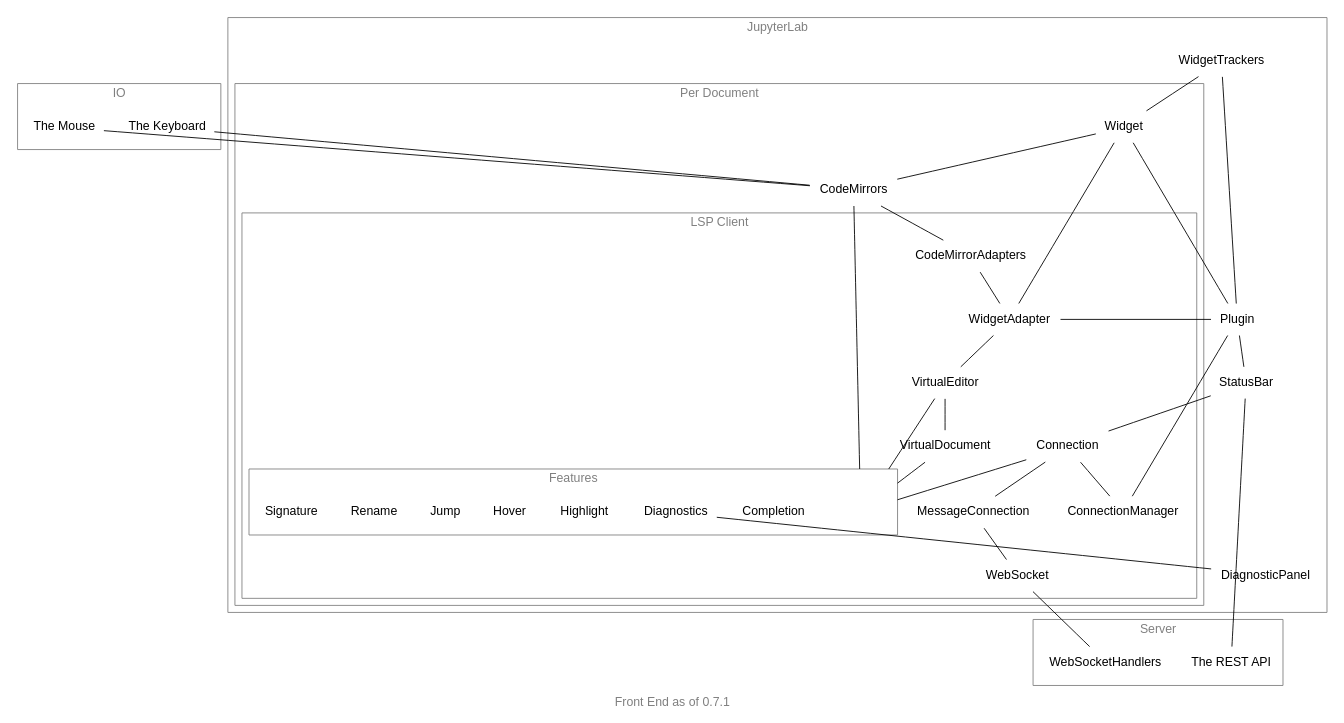
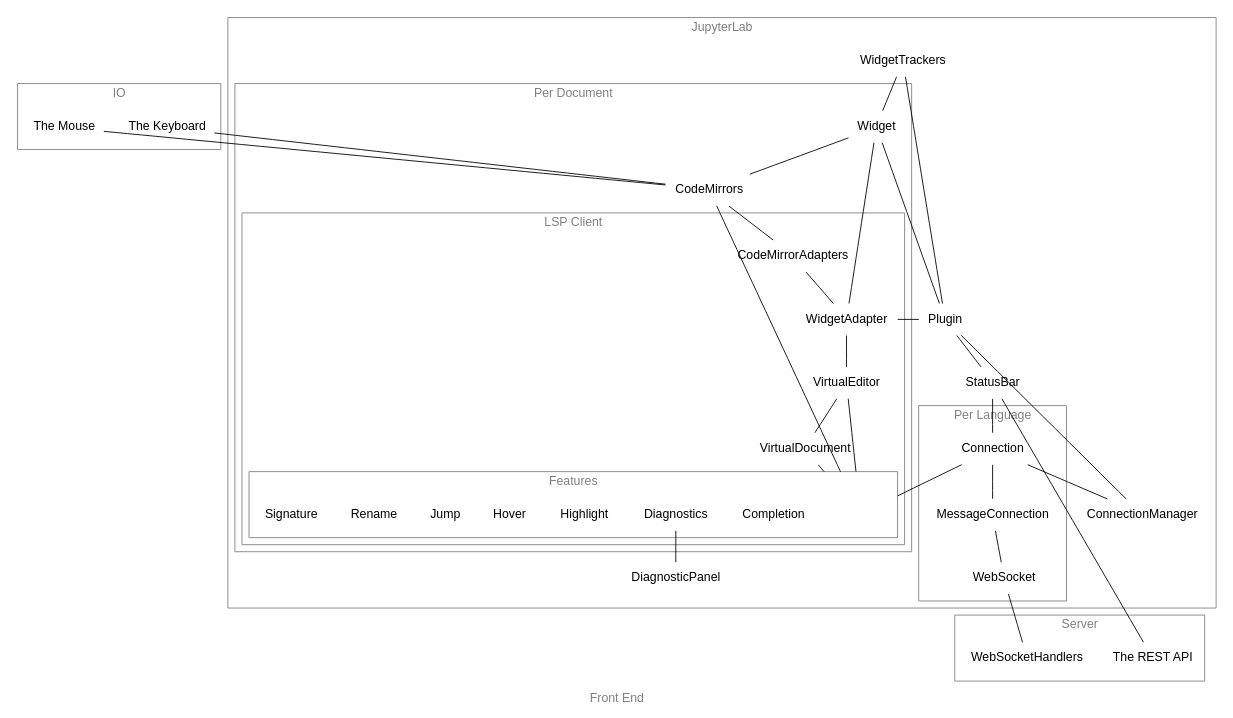
Before and after one commit to jupyter-lsp/jupyterlab-lsp: the diagram in docs/dot/as-is/frontend.dot, drawn with Graphviz. The commit also changed 9 other files, not shown here.

```diff
--- a/docs/dot/as-is/frontend.dot
+++ b/docs/dot/as-is/frontend.dot
@@ -1,61 +1,64 @@
 graph backend {
-    label="Front End as of 0.7.1"
+    label="Front End"
     splines="line"
     compound=true
     fontname="sans-serif" fontcolor=grey
     node[shape=none fontname="sans-serif"]
     edge[fontname="sans-serif"]
     graph[fontcolor=grey color=grey]
 
     subgraph cluster_io { label="IO"
         Keyboard[label="The Keyboard"]
         Mouse[label="The Mouse"]
     }
     subgraph cluster_server { label="Server"
         RestAPI[label="The REST API"]
         WebSocketHandlers
     }
     subgraph cluster_lab { label="JupyterLab"
         Plugin
         StatusBar
         WidgetTrackers
         DiagnosticPanel
+        ConnectionManager
+             
+        subgraph cluster_lang {label="Per Language"
+            Connection
+            MessageConnection
+            WebSocket
+        }
         subgraph cluster_doc { label="Per Document"
             Widget
             CodeMirrors
             subgraph cluster_doc_lsp { label="LSP Client"
-                WebSocket
-                ConnectionManager
-                Connection
-                MessageConnection
                 WidgetAdapter
                 VirtualEditor
                 VirtualDocument
                 CodeMirrorAdapters
                 subgraph cluster_features { label="Features"
                     Feature[style=invisible]
                     Completion
                     Diagnostics
                     Highlight
                     Hover
                     Jump
                     Rename
                     Signature
                 }
             }
         }
     }
     
     {Connection CodeMirrors VirtualDocument VirtualEditor} -- Feature[lhead=cluster_features];
     Diagnostics -- DiagnosticPanel
     Connection -- ConnectionManager
     CodeMirrors -- CodeMirrorAdapters -- WidgetAdapter
     WidgetAdapter -- VirtualEditor -- VirtualDocument
     WidgetTrackers -- {Plugin -- Widget} 
     StatusBar -- Connection
     Widget -- WidgetAdapter -- Plugin -- StatusBar -- RestAPI
     Widget -- CodeMirrors
     Plugin -- ConnectionManager
     Connection -- MessageConnection -- WebSocket -- WebSocketHandlers
     {Keyboard Mouse} -- CodeMirrors
 }
```
